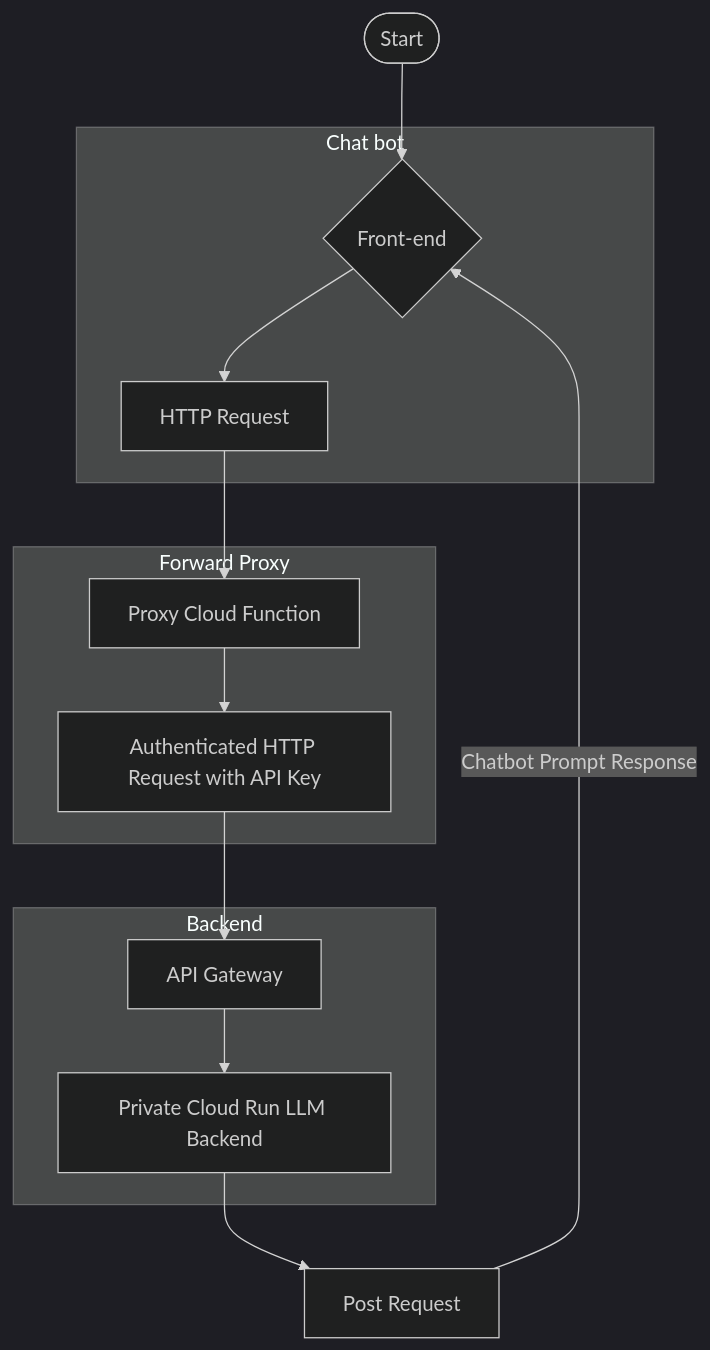
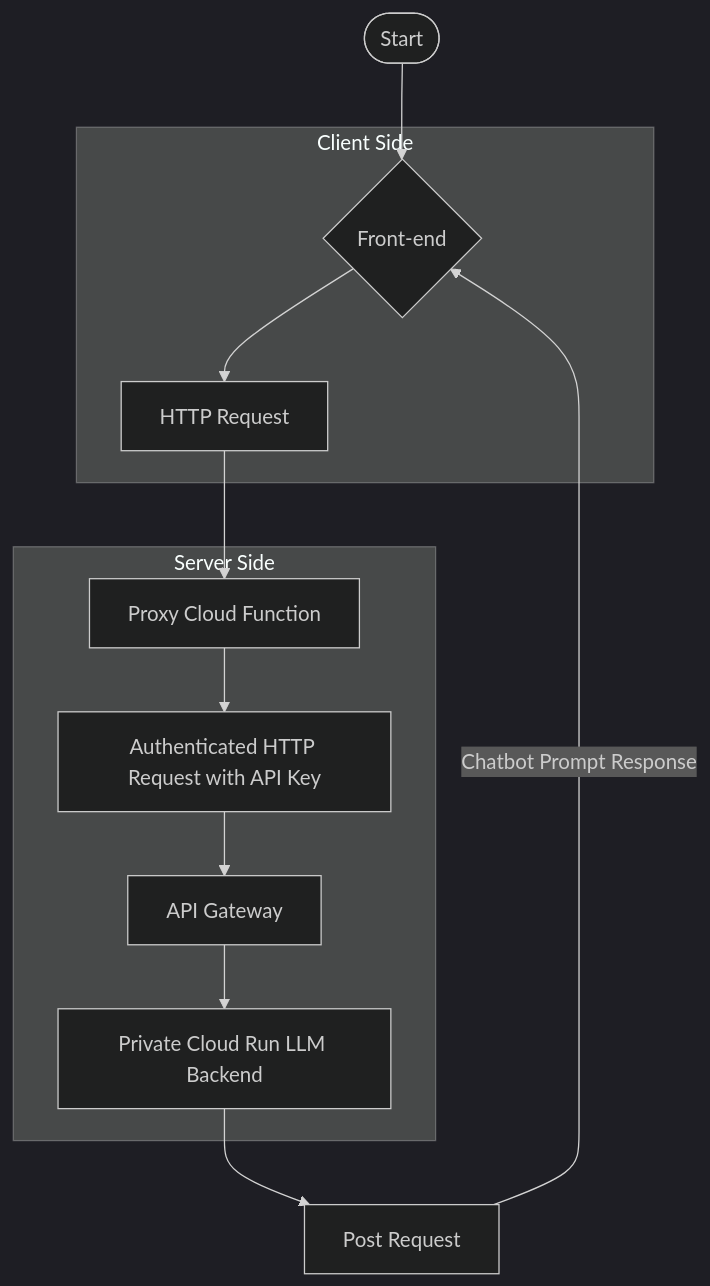
Before and after one commit to infosecmg/vulnLLM: the first of 2 diagrams in backend/readme.md, drawn with Mermaid. The commit also changed other lines of this file, not shown here.

````diff
--- a/backend/readme.md
+++ b/backend/readme.md
@@ -306,22 +237,20 @@
 ```mermaid
 ---
 config:
   theme: dark
 ---
 flowchart TD
         A(["Start"])
         A --> B{"Front-end"}
-        subgraph Chat bot
+        subgraph Client Side
         B --> C["HTTP Request"]
         end
-        subgraph Forward Proxy
+        subgraph Server Side
         C --> D["Proxy Cloud Function"]
         D --> E["Authenticated HTTP Request with API Key"]
-        end
-        subgraph Backend
         E --> F[" API Gateway"]
         F --> G[" Private Cloud Run LLM Backend"]
         end
         G --> H["Post Request"]
         H --Chatbot Prompt Response -->B
 ```        
````
